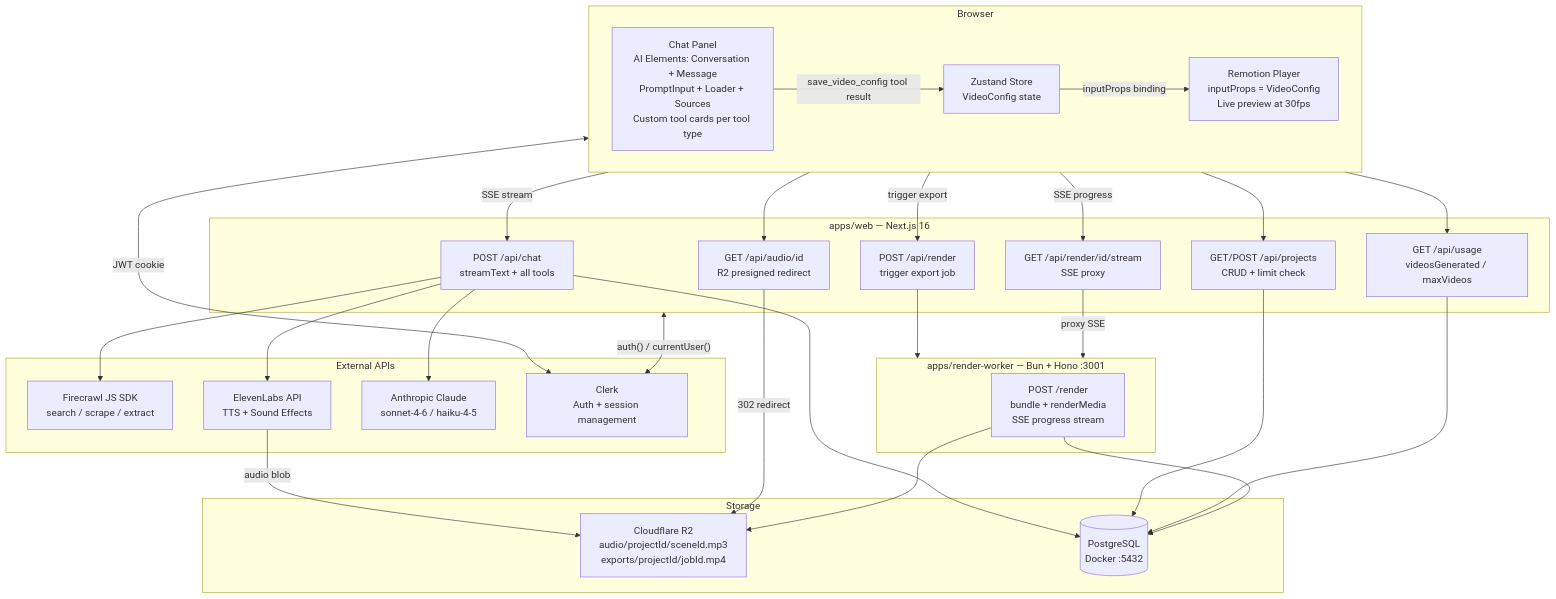
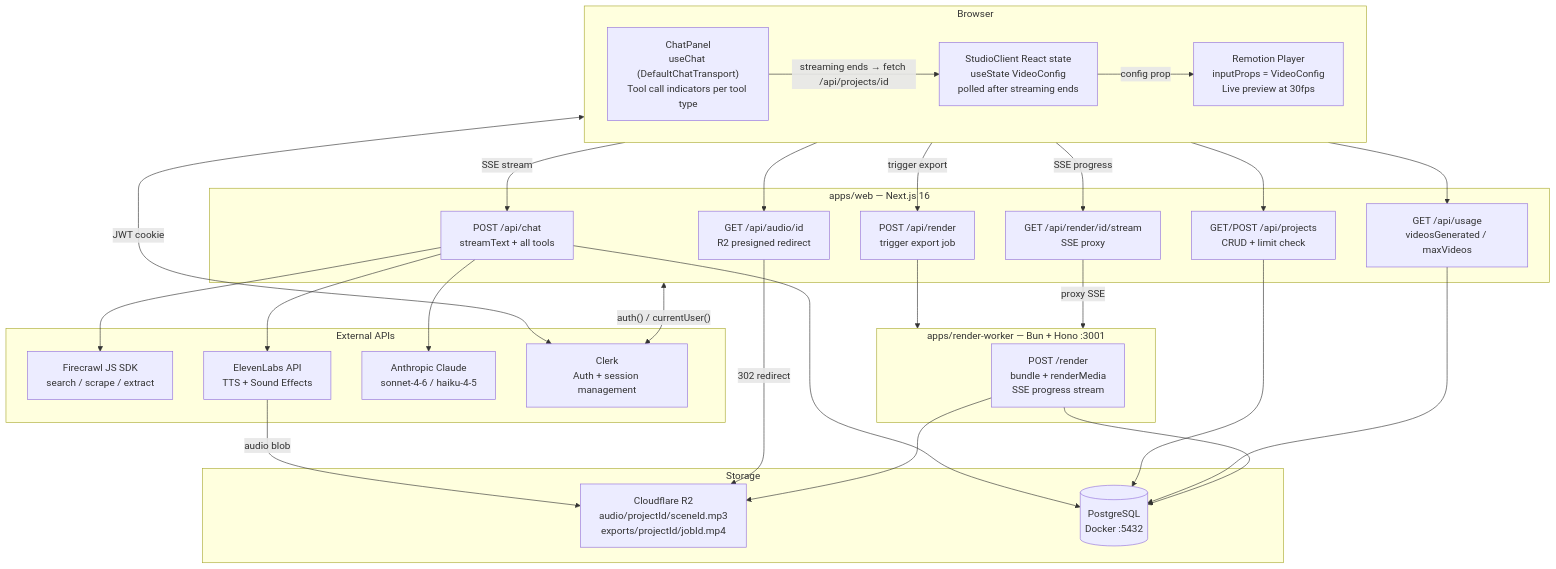
One commit to lokeswaran-aj/opencut changed the first of 6 diagrams in docs/architecture.md. Above: the diagram before and after it, drawn with Mermaid. The commit also changed other lines of this file and 2 other files, not shown here.

````diff
--- a/docs/architecture.md
+++ b/docs/architecture.md
@@ -47,56 +47,56 @@
 ```mermaid
 graph TB
     subgraph Browser["Browser"]
-        Chat["Chat Panel<br/>AI Elements: Conversation + Message<br/>PromptInput + Loader + Sources<br/>Custom tool cards per tool type"]
+        Chat["ChatPanel<br/>useChat (DefaultChatTransport)<br/>Tool call indicators per tool type"]
         Player["Remotion Player<br/>inputProps = VideoConfig<br/>Live preview at 30fps"]
-        Zustand["Zustand Store<br/>VideoConfig state"]
-        Chat -->|"save_video_config tool result"| Zustand
-        Zustand -->|"inputProps binding"| Player
+        State["StudioClient React state<br/>useState VideoConfig<br/>polled after streaming ends"]
+        Chat -->|"streaming ends → fetch /api/projects/id"| State
+        State -->|"config prop"| Player
     end
 
     subgraph Web["apps/web — Next.js 16"]
         ChatAPI["POST /api/chat<br/>streamText + all tools"]
         AudioAPI["GET /api/audio/id<br/>R2 presigned redirect"]
         RenderAPI["POST /api/render<br/>trigger export job"]
         RenderStream["GET /api/render/id/stream<br/>SSE proxy"]
         ProjectsAPI["GET/POST /api/projects<br/>CRUD + limit check"]
         UsageAPI["GET /api/usage<br/>videosGenerated / maxVideos"]
     end
 
     subgraph Worker["apps/render-worker — Bun + Hono :3001"]
         RenderWorker["POST /render<br/>bundle + renderMedia<br/>SSE progress stream"]
     end
 
     subgraph External["External APIs"]
         Firecrawl["Firecrawl JS SDK<br/>search / scrape / extract"]
         ElevenLabs["ElevenLabs API<br/>TTS + Sound Effects"]
         Anthropic["Anthropic Claude<br/>sonnet-4-6 / haiku-4-5"]
         Clerk["Clerk<br/>Auth + session management"]
     end
 
     subgraph Storage["Storage"]
         R2["Cloudflare R2<br/>audio/projectId/sceneId.mp3<br/>exports/projectId/jobId.mp4"]
         PG[("PostgreSQL<br/>Docker :5432")]
     end
 
     Browser -->|"SSE stream"| ChatAPI
     ChatAPI --> Firecrawl
     ChatAPI --> ElevenLabs
     ChatAPI --> Anthropic
     ElevenLabs -->|"audio blob"| R2
     ChatAPI --> PG
     ProjectsAPI --> PG
     UsageAPI --> PG
     Browser --> ProjectsAPI
     Browser --> UsageAPI
     Browser --> AudioAPI
     AudioAPI -->|"302 redirect"| R2
     Browser -->|"trigger export"| RenderAPI
     RenderAPI --> Worker
     RenderStream -->|"proxy SSE"| Worker
     Browser -->|"SSE progress"| RenderStream
     RenderWorker --> R2
     RenderWorker --> PG
     Browser <-->|"JWT cookie"| Clerk
     Web <-->|"auth() / currentUser()"| Clerk
 ```
````
